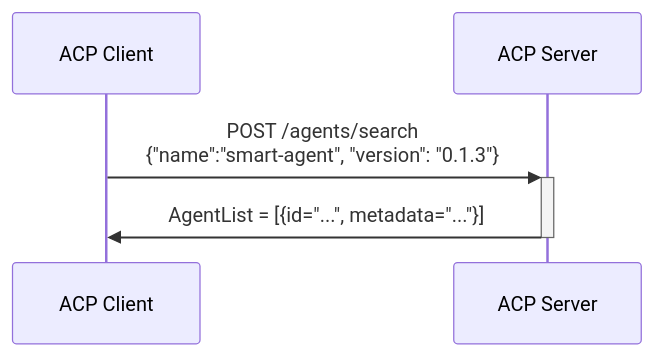
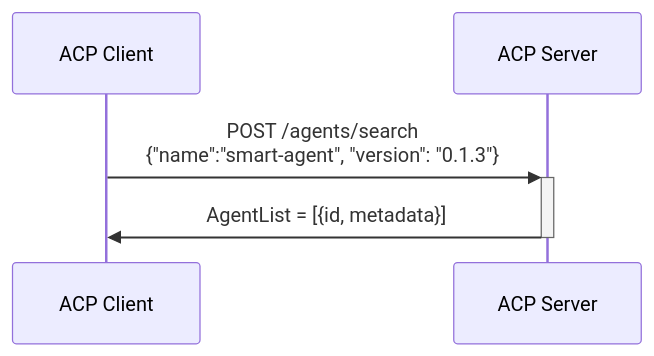
One commit to agntcy/acp-spec changed the second of 4 diagrams in docs/README.md. Above: the diagram before and after it, drawn with Mermaid. The commit also changed other lines of this file, not shown here.

````diff
--- a/docs/README.md
+++ b/docs/README.md
@@ -33,7 +35,7 @@
 ```mermaid
 sequenceDiagram
     participant C as ACP Client
     participant S as ACP Server
     C->>+S: POST /agents/search <br/>{"name":"smart-agent", "version": "0.1.3"}
-    S->>-C: AgentList = [{id="...", metadata="..."}]
+    S->>-C: AgentList = [{id, metadata}]
 ```
````
